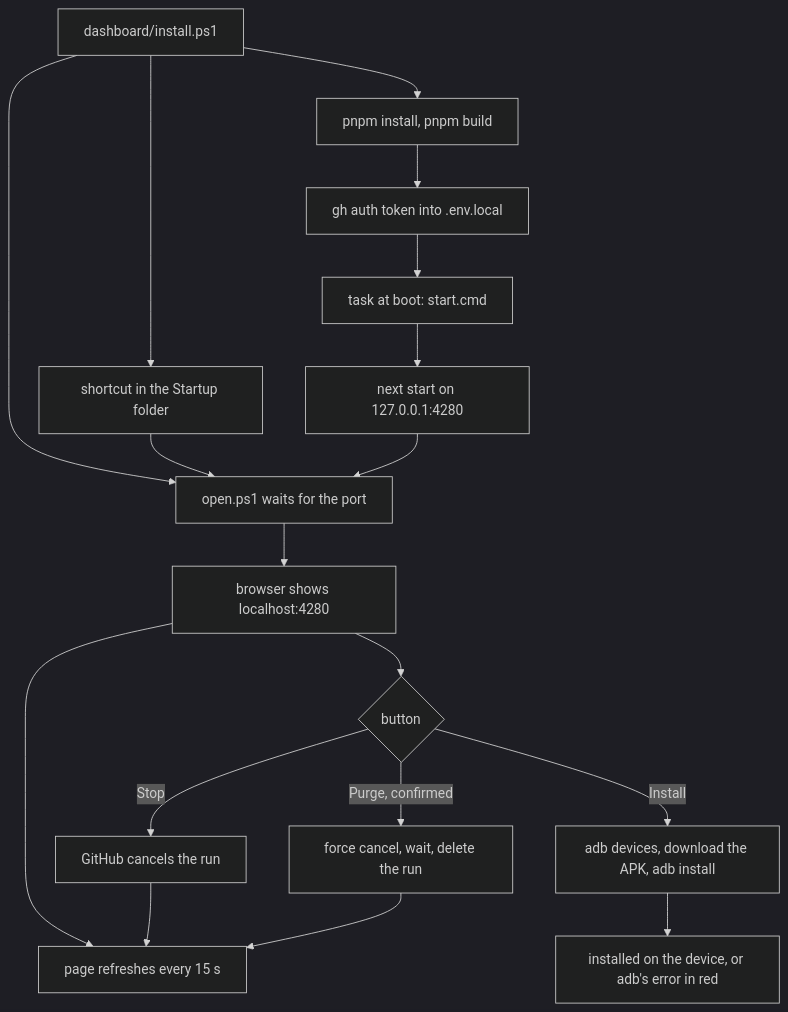
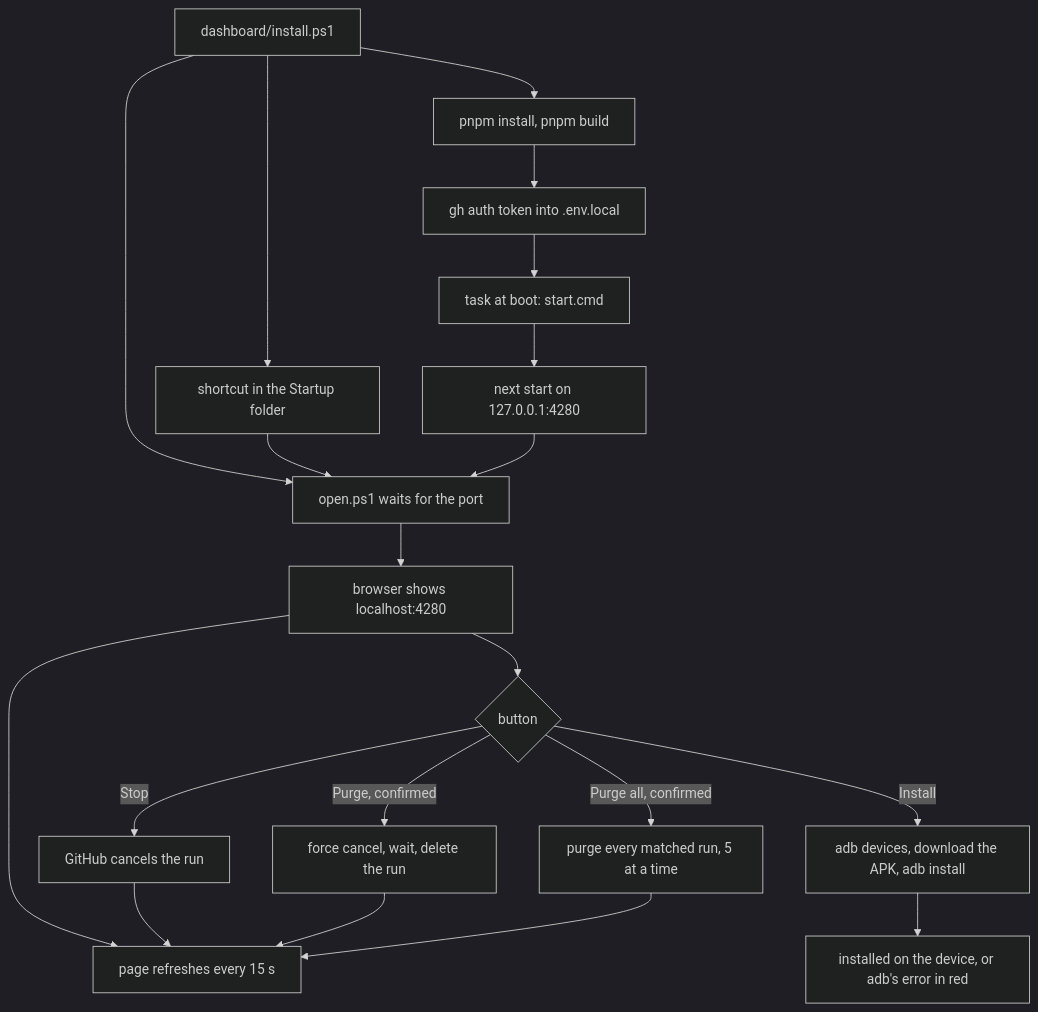
One commit to workbench-soft/local-ci changed the fifth of 5 diagrams in docs/user-flows.md. Above: the diagram before and after it, drawn with Mermaid (dark theme). The commit also changed other lines of this file and 6 other files, not shown here.

Commit message:
Purge all button in the runs table, and docs

````diff
--- a/docs/user-flows.md
+++ b/docs/user-flows.md
@@ -99,18 +101,19 @@
 ```mermaid
 flowchart TD
   A[dashboard/install.ps1] --> B[pnpm install, pnpm build]
   B --> C[gh auth token into .env.local]
   C --> D[task at boot: start.cmd]
   D --> E[next start on 127.0.0.1:4280]
   A --> S[shortcut in the Startup folder]
   A & S --> O[open.ps1 waits for the port]
   E --> O
   O --> F[browser shows localhost:4280]
   F --> G[page refreshes every 15 s]
   F --> H{button}
   H -- Stop --> I[GitHub cancels the run]
   H -- Purge, confirmed --> J[force cancel, wait, delete the run]
+  H -- Purge all, confirmed --> P[purge every matched run, 5 at a time]
   H -- Install --> K[adb devices, download the APK, adb install]
   K --> L[installed on the device, or adb's error in red]
-  I & J --> G
+  I & J & P --> G
 ```
````
